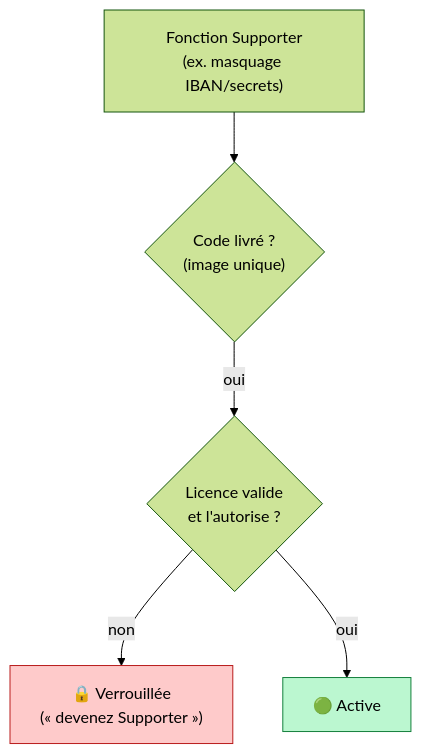
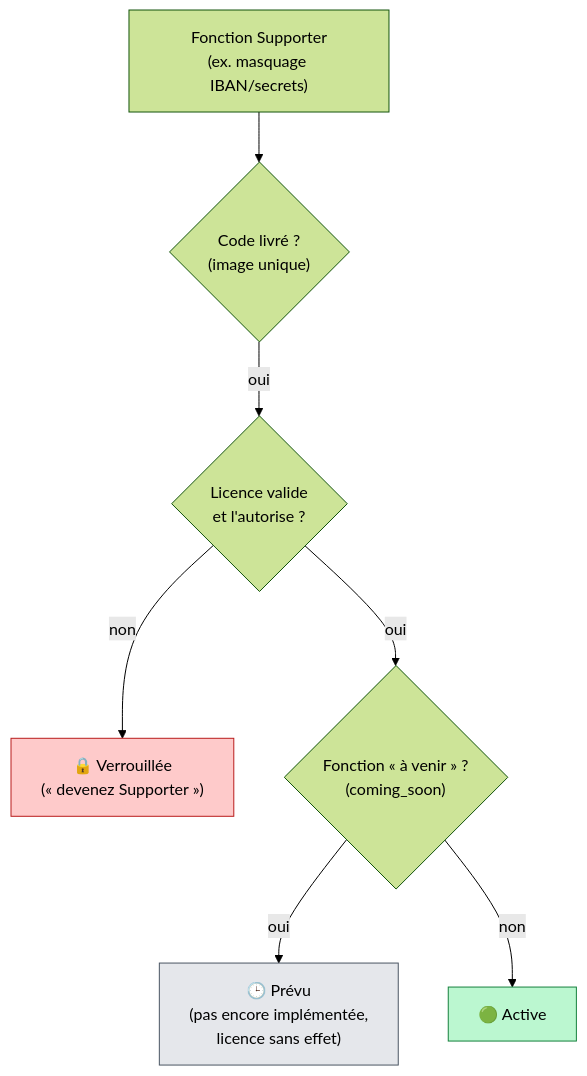
Before and after one commit to WicaebethTheo/itsm-modern-ai: the fifth of 7 diagrams in docs/guide-fonctionnement.md, drawn with Mermaid (forest theme). The commit also changed other lines of this file and 16 other files, not shown here.

````diff
--- a/docs/guide-fonctionnement.md
+++ b/docs/guide-fonctionnement.md
@@ -235,10 +243,13 @@
 ```mermaid
 flowchart TD
     F["Fonction Supporter<br/>(ex. masquage IBAN/secrets)"] --> I{"Code livré ?<br/>(image unique)"}
     I -- oui --> E{"Licence valide<br/>et l'autorise ?"}
     E -- non --> LOCK["🔒 Verrouillée<br/>(« devenez Supporter »)"]
-    E -- oui --> ON["🟢 Active"]
+    E -- oui --> C{"Fonction « à venir » ?<br/>(coming_soon)"}
+    C -- oui --> SOON["🕒 Prévu<br/>(pas encore implémentée,<br/>licence sans effet)"]
+    C -- non --> ON["🟢 Active"]
 
     style LOCK fill:#fecaca,stroke:#b91c1c
+    style SOON fill:#e5e7eb,stroke:#4b5563
     style ON fill:#bbf7d0,stroke:#15803d
 ```
````
